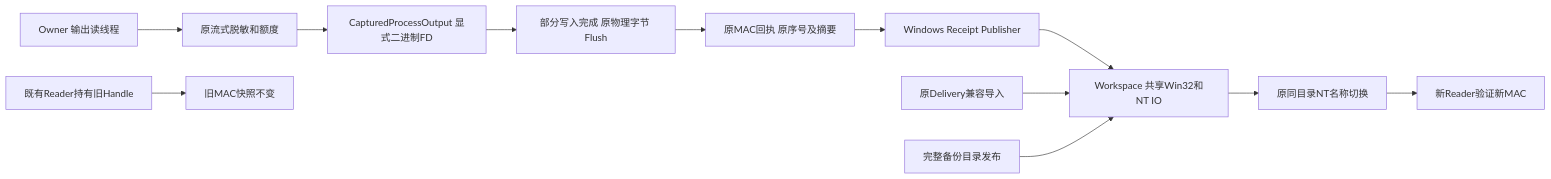
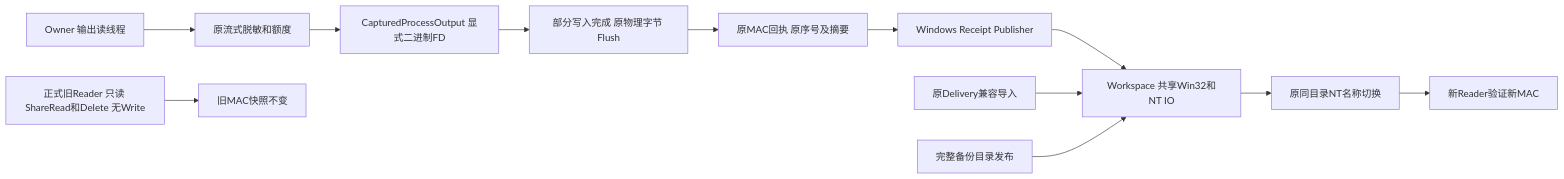
One commit to carrie1988/Harnessix changed the eighth of 9 diagrams in docs/changes/m09-r1-windows-private-state.md. Above: the diagram before and after it, drawn with Mermaid. The commit also changed other lines of this file and 7 other files, not shown here.

````diff
--- a/docs/changes/m09-r1-windows-private-state.md
+++ b/docs/changes/m09-r1-windows-private-state.md
@@ -596,14 +596,14 @@
 ```mermaid
 flowchart LR
   O[Owner 输出读线程] --> R[原流式脱敏和额度]
   R --> B[CapturedProcessOutput 显式二进制FD]
   B --> F[部分写入完成 原物理字节 Flush]
   F --> M[原MAC回执 原序号及摘要]
   M --> P[Windows Receipt Publisher]
   P --> W[Workspace 共享Win32和NT IO]
   D[原Delivery兼容导入] --> W
   S[完整备份目录发布] --> W
   W --> N[原同目录NT名称切换]
   N --> C[新Reader验证新MAC]
-  Q[既有Reader持有旧Handle] --> V[旧MAC快照不变]
+  Q[正式旧Reader 只读 ShareRead和Delete 无Write] --> V[旧MAC快照不变]
 ```
````
